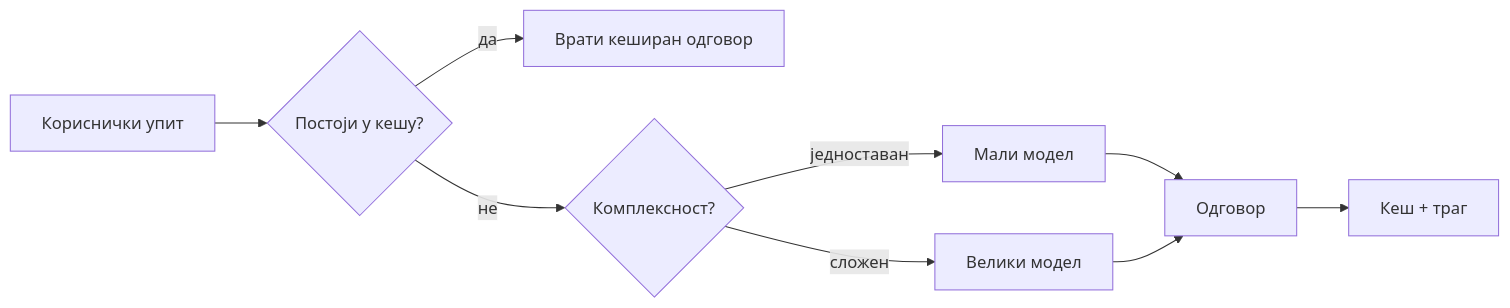
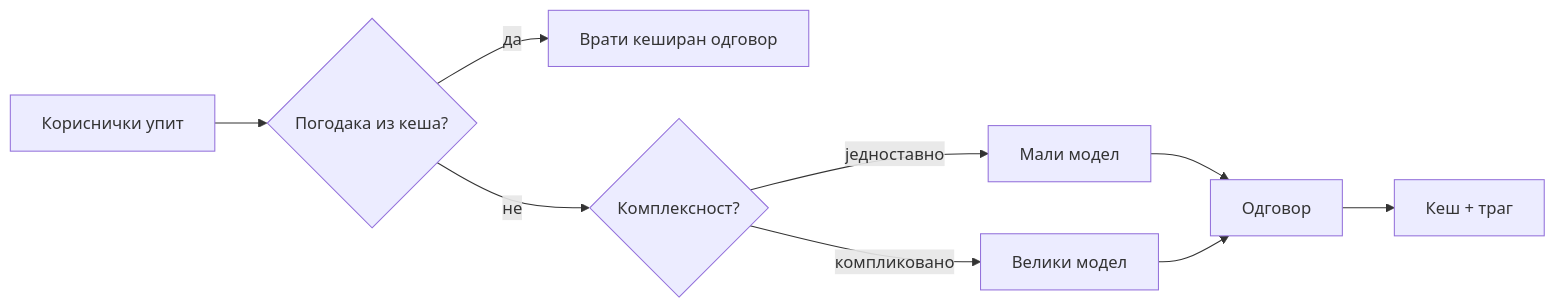
One commit to microsoft/ai-agents-for-beginners changed the third of 4 diagrams in translations/sr/16-deploying-scalable-agents/README.md. Above: the diagram before and after it, drawn with Mermaid. The commit also changed other lines of this file and 47 other files, not shown here.

````diff
--- a/translations/sr/16-deploying-scalable-agents/README.md
+++ b/translations/sr/16-deploying-scalable-agents/README.md
@@ -134,11 +134,11 @@
 ```mermaid
 flowchart LR
-    Q[Кориснички упит] --> C{Постоји у кешу?}
+    Q[Кориснички упит] --> C{Погодака из кеша?}
     C -->|да| R[Врати кеширан одговор]
     C -->|не| Router{Комплексност?}
-    Router -->|једноставан| SLM[Мали модел]
-    Router -->|сложен| LLM[Велики модел]
+    Router -->|једноставно| SLM[Мали модел]
+    Router -->|компликовано| LLM[Велики модел]
     SLM --> Out[Одговор]
     LLM --> Out
     Out --> Store[Кеш + траг]
 ```
````
